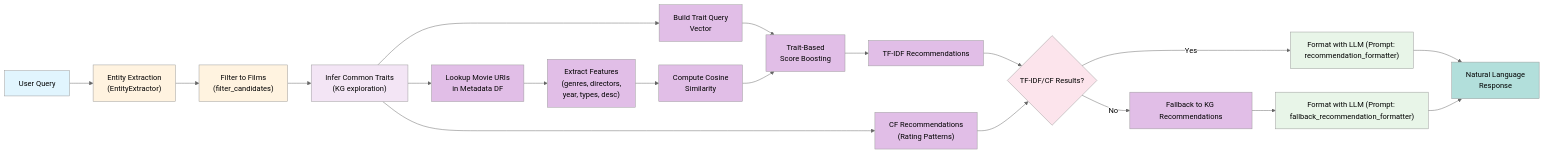
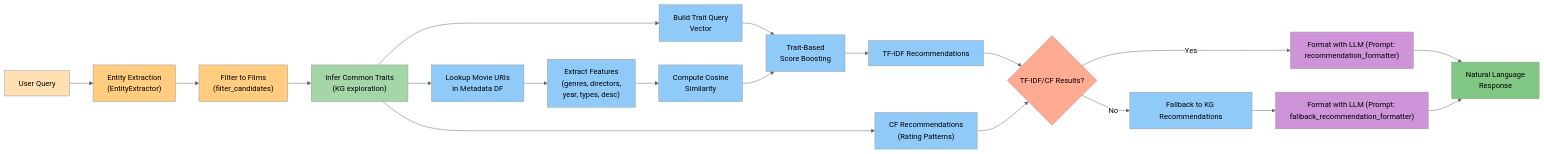
Before and after one commit to schneialexan/atai-chatbot: the seventh of 9 diagrams in README.md, drawn with Mermaid (neutral theme). The commit also changed other lines of this file, not shown here.

Commit message:
changed styling of graphs

````diff
--- a/README.md
+++ b/README.md
@@ -528,40 +573,40 @@
 ```mermaid
 flowchart LR
     A["User Query"] --> B1["Entity Extraction<br>(EntityExtractor)"]
     B1 --> B2["Filter to Films<br>(filter_candidates)"]
     B2 --> C["Infer Common Traits<br>(KG exploration)"]
     
     C --> D1["Lookup Movie URIs<br>in Metadata DF"]
     D1 --> D2["Extract Features<br>(genres, directors,<br>year, types, desc)"]
     D2 --> D3["Compute Cosine<br>Similarity"]
     C --> D4["Build Trait Query<br>Vector"]
     D4 --> D5["Trait-Based<br>Score Boosting"]
     D3 --> D5
     D5 --> D["TF-IDF Recommendations"]
     
     C --> E["CF Recommendations<br>(Rating Patterns)"]
     D --> H{"TF-IDF/CF Results?"}
     E --> H
     H -- Yes --> F["Format with LLM (Prompt: recommendation_formatter)"]
     H -- No --> I["Fallback to KG Recommendations"]
     I --> J["Format with LLM (Prompt: fallback_recommendation_formatter)"]
     F --> G["Natural Language<br>Response"]
     J --> G
     
-    style A fill:#e1f5fe,color:#000000
-    style B1 fill:#fff3e0,color:#000000
-    style B2 fill:#fff3e0,color:#000000
-    style C fill:#f3e5f5,color:#000000
-    style D1 fill:#e1bee7,color:#000000
-    style D2 fill:#e1bee7,color:#000000
-    style D3 fill:#e1bee7,color:#000000
-    style D4 fill:#e1bee7,color:#000000
-    style D5 fill:#e1bee7,color:#000000
-    style D fill:#e1bee7,color:#000000
-    style E fill:#e1bee7,color:#000000
-    style H fill:#fce4ec,color:#000000
-    style I fill:#e1bee7,color:#000000
-    style J fill:#e8f5e8,color:#000000
-    style F fill:#e8f5e8,color:#000000
-    style G fill:#b2dfdb,color:#000000
+    style A fill:#FFE0B2,color:#000000
+    style B1 fill:#FFCC80,color:#000000
+    style B2 fill:#FFCC80,color:#000000
+    style C fill:#A5D6A7,color:#000000
+    style D1 fill:#90CAF9,color:#000000
+    style D2 fill:#90CAF9,color:#000000
+    style D3 fill:#90CAF9,color:#000000
+    style D4 fill:#90CAF9,color:#000000
+    style D5 fill:#90CAF9,color:#000000
+    style D fill:#90CAF9,color:#000000
+    style E fill:#90CAF9,color:#000000
+    style H fill:#FFAB91,color:#000000
+    style I fill:#90CAF9,color:#000000
+    style J fill:#CE93D8,color:#000000
+    style F fill:#CE93D8,color:#000000
+    style G fill:#81C784,color:#000000
 ```
````
